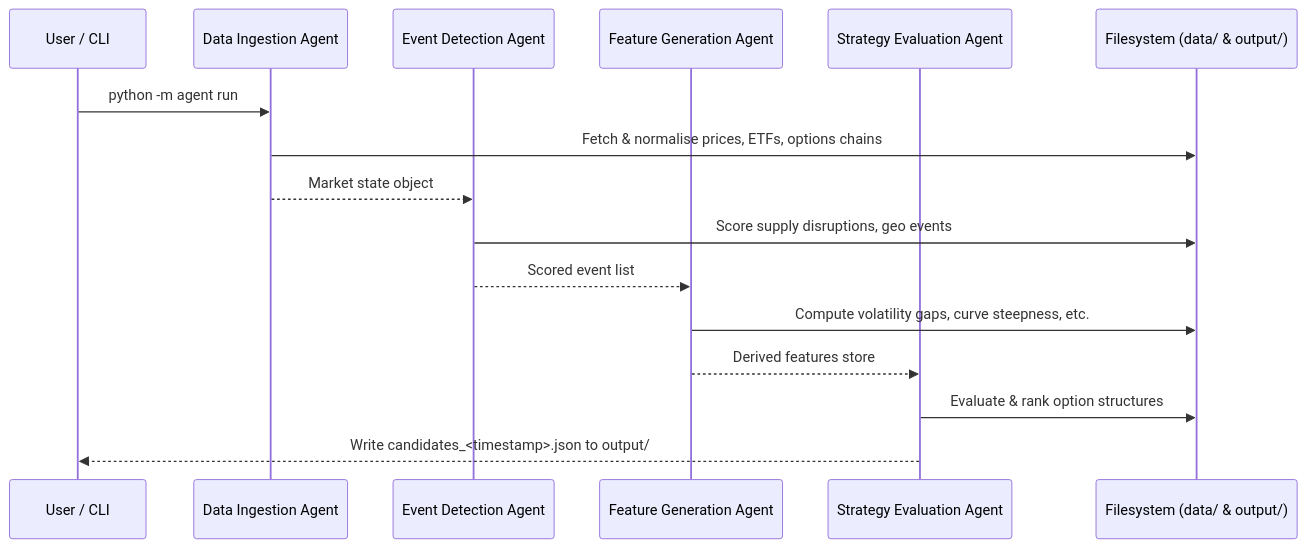
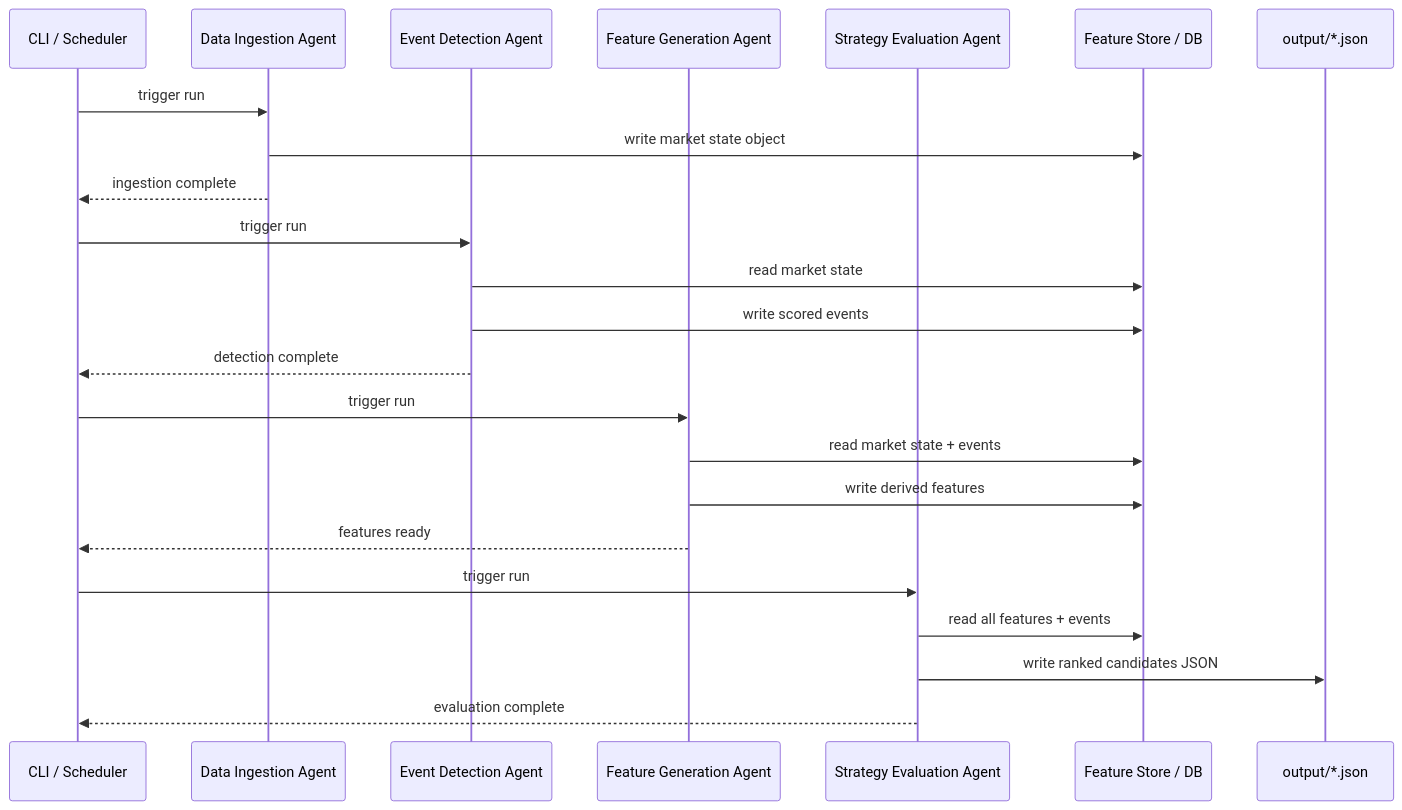
The second of 2 diagrams in docs/generated/user_guide_full-pipeline.md (jeisenback/golden_boy_peanuts), drawn with Mermaid before and after one commit. The commit also changed other lines of this file and 5 other files, not shown here.

````diff
--- a/docs/generated/user_guide_full-pipeline.md
+++ b/docs/generated/user_guide_full-pipeline.md
@@ -245,19 +412,29 @@
 ```mermaid
 sequenceDiagram
-    participant CLI as User / CLI
+    participant CLI as CLI / Scheduler
     participant DIA as Data Ingestion Agent
     participant EDA as Event Detection Agent
     participant FGA as Feature Generation Agent
     participant SEA as Strategy Evaluation Agent
-    participant FS  as Filesystem (data/ & output/)
+    participant FS as Feature Store / DB
+    participant OUT as output/*.json
 
-    CLI->>DIA: python -m agent run
-    DIA->>FS: Fetch & normalise prices, ETFs, options chains
-    DIA-->>EDA: Market state object
-    EDA->>FS: Score supply disruptions, geo events
-    EDA-->>FGA: Scored event list
-    FGA->>FS: Compute volatility gaps, curve steepness, etc.
-    FGA-->>SEA: Derived features store
-    SEA->>FS: Evaluate & rank option structures
-    SEA-->>CLI: Write candidates_<timestamp>.json to output/
+    CLI->>DIA: trigger run
+    DIA->>FS: write market state object
+    DIA-->>CLI: ingestion complete
+
+    CLI->>EDA: trigger run
+    EDA->>FS: read market state
+    EDA->>FS: write scored events
+    EDA-->>CLI: detection complete
+
+    CLI->>FGA: trigger run
+    FGA->>FS: read market state + events
+    FGA->>FS: write derived features
+    FGA-->>CLI: features ready
+
+    CLI->>SEA: trigger run
+    SEA->>FS: read all features + events
+    SEA->>OUT: write ranked candidates JSON
+    SEA-->>CLI: evaluation complete
 ```
````
